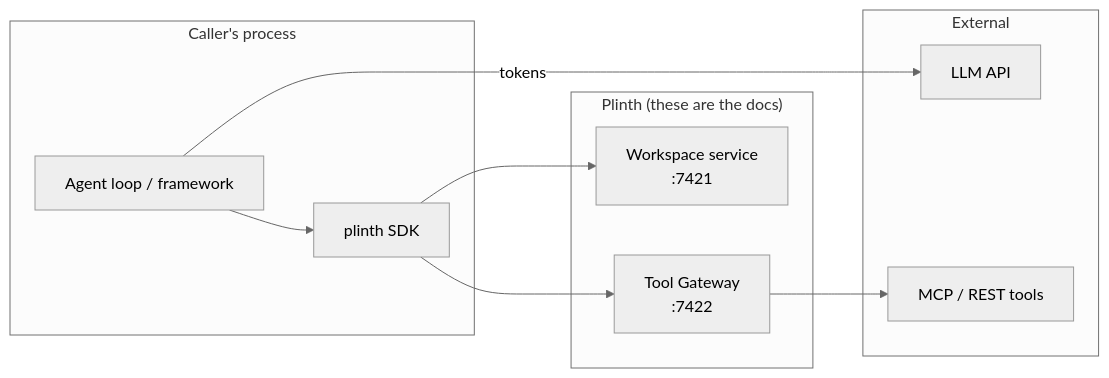
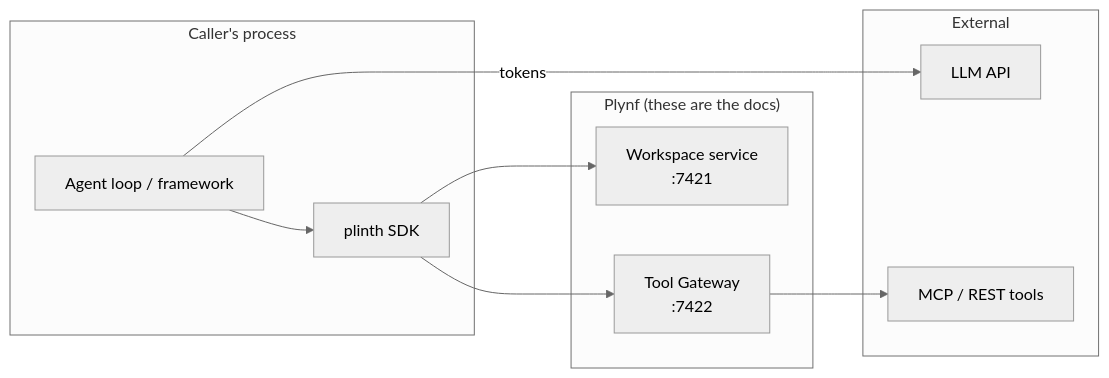
The first of 5 diagrams in docs/architecture/01-system-overview.md (nico-schindlbeck-jpg/plynf), drawn with Mermaid (neutral theme) before and after one commit. The commit also changed other lines of this file and 209 other files, not shown here.

First line of the commit message:
rebrand: Plinth → Plynf (text/docs/marketing surfaces only)

````diff
--- a/docs/architecture/01-system-overview.md
+++ b/docs/architecture/01-system-overview.md
@@ -9,20 +9,20 @@
 ```mermaid
 flowchart LR
     subgraph "Caller's process"
       A[Agent loop / framework]
       SDK[plinth SDK]
       A --> SDK
     end
-    subgraph "Plinth (these are the docs)"
+    subgraph "Plynf (these are the docs)"
       WS[Workspace service<br/>:7421]
       GW[Tool Gateway<br/>:7422]
     end
     subgraph "External"
       MODEL[LLM API]
       MCP[MCP / REST tools]
     end
     A -->|tokens| MODEL
     SDK --> WS
     SDK --> GW
     GW --> MCP
 ```
````
